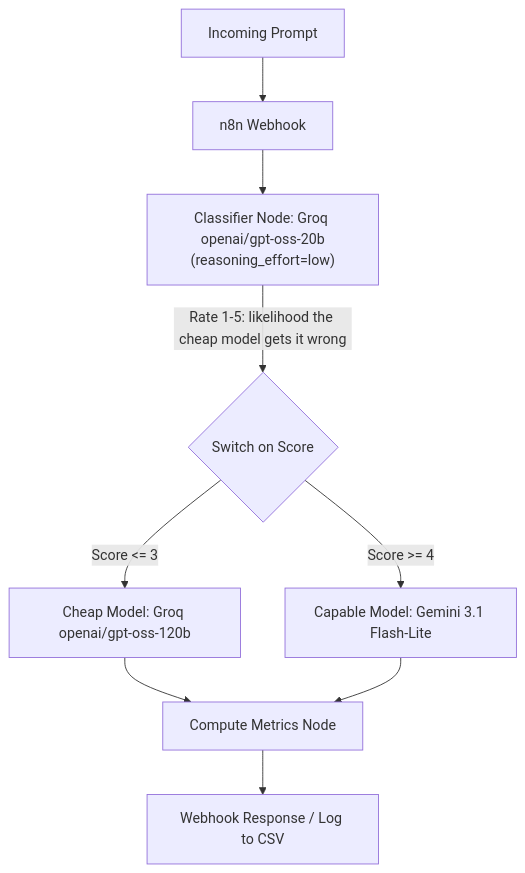
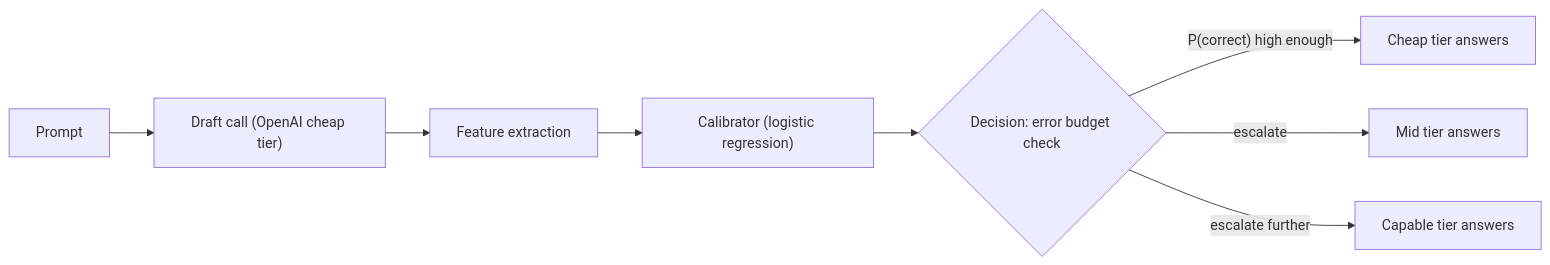
One commit to Hariprashad-Ravikumar/Cost-Aware-Multi-Agent-LLM-Router changed the diagram in README.md. Above: the diagram before and after it, drawn with Mermaid. The commit also changed other lines of this file and 2 other files, not shown here.

````diff
--- a/README.md
+++ b/README.md
@@ -17,14 +27,10 @@
 ```mermaid
-graph TD
-    A[Incoming Prompt] --> B[n8n Webhook]
-    B --> C["Classifier Node: Groq openai/gpt-oss-20b<br/>(reasoning_effort=low)"]
-    C -->|"Rate 1-5: likelihood the cheap model gets it wrong"| D{Switch on Score}
-
-    D -->|Score <= 3| E["Cheap Model: Groq openai/gpt-oss-120b"]
-    D -->|Score >= 4| F["Capable Model: Gemini 3.1 Flash-Lite"]
-
-    E --> G[Compute Metrics Node]
-    F --> G
-
-    G --> H[Webhook Response / Log to CSV]
+graph LR
+  A[Prompt] --> B["Draft call (OpenAI cheap tier)"]
+  B --> C[Feature extraction]
+  C --> D["Calibrator (logistic regression)"]
+  D --> E{"Decision: error budget check"}
+  E -->|"P(correct) high enough"| F[Cheap tier answers]
+  E -->|escalate| G[Mid tier answers]
+  E -->|escalate further| H[Capable tier answers]
 ```
````
